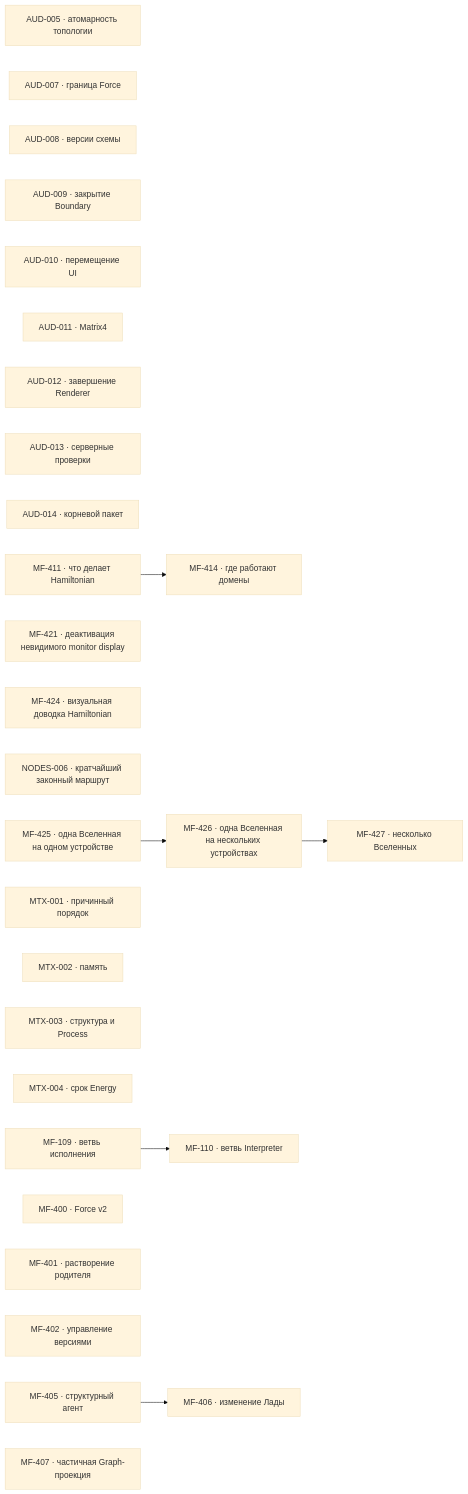
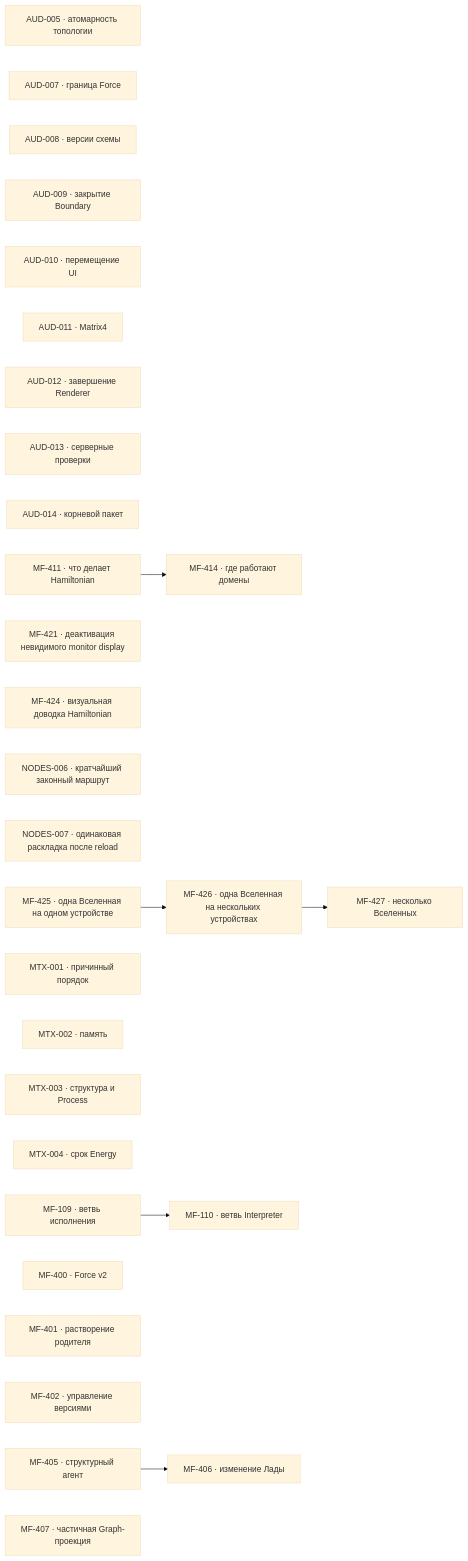
The diagram in project/TODO.md (zavx0z/metafor), drawn with Mermaid (base theme) before and after one commit. The commit also changed other lines of this file and 25 other files, not shown here.

Commit message:
fix(nodes): stabilize Hamiltonian layout across reload and resize (NODES-007)

````diff
--- a/project/TODO.md
+++ b/project/TODO.md
@@ -13,37 +13,38 @@
 ```mermaid
 flowchart LR
     AUD005["AUD-005 · атомарность топологии"]
     AUD007["AUD-007 · граница Force"]
     AUD008["AUD-008 · версии схемы"]
     AUD009["AUD-009 · закрытие Boundary"]
     AUD010["AUD-010 · перемещение UI"]
     AUD011["AUD-011 · Matrix4"]
     AUD012["AUD-012 · завершение Renderer"]
     AUD013["AUD-013 · серверные проверки"]
     AUD014["AUD-014 · корневой пакет"]
     MF411["MF-411 · что делает Hamiltonian"]
     MF414["MF-414 · где работают домены"]
     MF421["MF-421 · деактивация невидимого monitor display"]
     MF424["MF-424 · визуальная доводка Hamiltonian"]
     NODES006["NODES-006 · кратчайший законный маршрут"]
+    NODES007["NODES-007 · одинаковая раскладка после reload"]
     MF425["MF-425 · одна Вселенная на одном устройстве"]
     MF426["MF-426 · одна Вселенная на нескольких устройствах"]
     MF427["MF-427 · несколько Вселенных"]
     MTX001["MTX-001 · причинный порядок"]
     MTX002["MTX-002 · память"]
     MTX003["MTX-003 · структура и Process"]
     MTX004["MTX-004 · срок Energy"]
     MF109["MF-109 · ветвь исполнения"]
     MF110["MF-110 · ветвь Interpreter"]
     MF400["MF-400 · Force v2"]
     MF401["MF-401 · растворение родителя"]
     MF402["MF-402 · управление версиями"]
     MF405["MF-405 · структурный агент"]
     MF406["MF-406 · изменение Лады"]
     MF407["MF-407 · частичная Graph-проекция"]
     MF109 --> MF110
     MF405 --> MF406
     MF411 --> MF414
     MF425 --> MF426
     MF426 --> MF427
 ```
````
